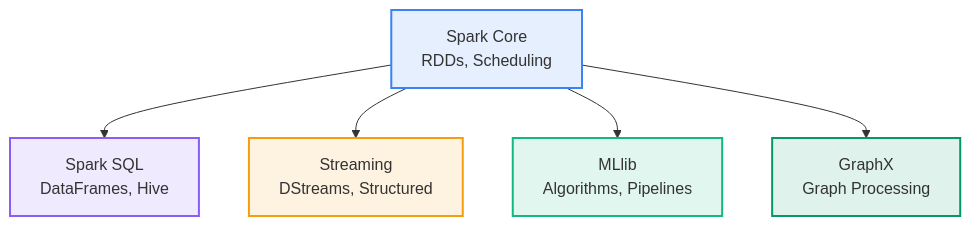
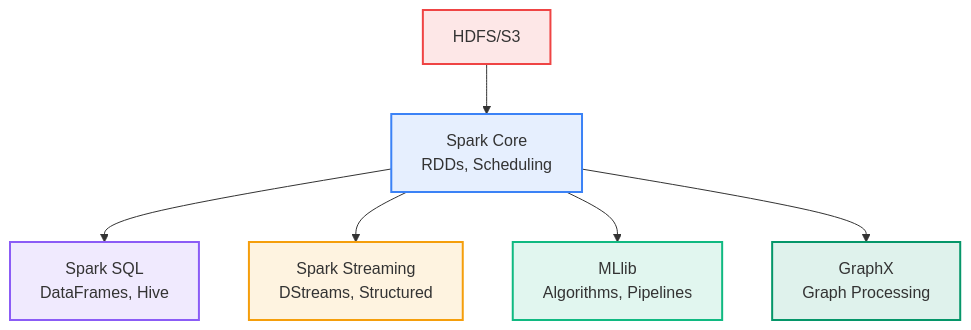
One commit to MadeInShineA/hei-course-summaries changed the fourth of 19 diagrams in 302.1-data-computation/summaries/spark.md. Above: the diagram before and after it, drawn with Mermaid. The commit also changed other lines of this file and 4 other files, not shown here.

````diff
--- a/302.1-data-computation/summaries/spark.md
+++ b/302.1-data-computation/summaries/spark.md
@@ -134,13 +252,15 @@
 ```mermaid
 flowchart TD
-    CORE[Spark Core<br/>RDDs, Scheduling] --> SQL[Spark SQL<br/>DataFrames, Hive]
-    CORE --> STREAM[Streaming<br/>DStreams, Structured]
-    CORE --> ML[MLlib<br/>Algorithms, Pipelines]
-    CORE --> GRAPH[GraphX<br/>Graph Processing]
+    Core["Spark Core<br/>RDDs, Scheduling"] --> SQL["Spark SQL<br/>DataFrames, Hive"]
+    Core --> Stream["Spark Streaming<br/>DStreams, Structured"]
+    Core --> ML["MLlib<br/>Algorithms, Pipelines"]
+    Core --> Graph["GraphX<br/>Graph Processing"]
+    Storage["HDFS/S3"] --> Core
     
-    style CORE fill:#3b82f620,stroke:#3b82f6,stroke-width:2px
+    style Core fill:#3b82f620,stroke:#3b82f6,stroke-width:2px
     style SQL fill:#8b5cf620,stroke:#8b5cf6,stroke-width:2px
-    style STREAM fill:#f59e0b20,stroke:#f59e0b,stroke-width:2px
+    style Stream fill:#f59e0b20,stroke:#f59e0b,stroke-width:2px
     style ML fill:#10b98120,stroke:#10b981,stroke-width:2px
-    style GRAPH fill:#05966920,stroke:#059669,stroke-width:2px
+    style Graph fill:#05966920,stroke:#059669,stroke-width:2px
+    style Storage fill:#ef444420,stroke:#ef4444,stroke-width:2px
 ```
````
